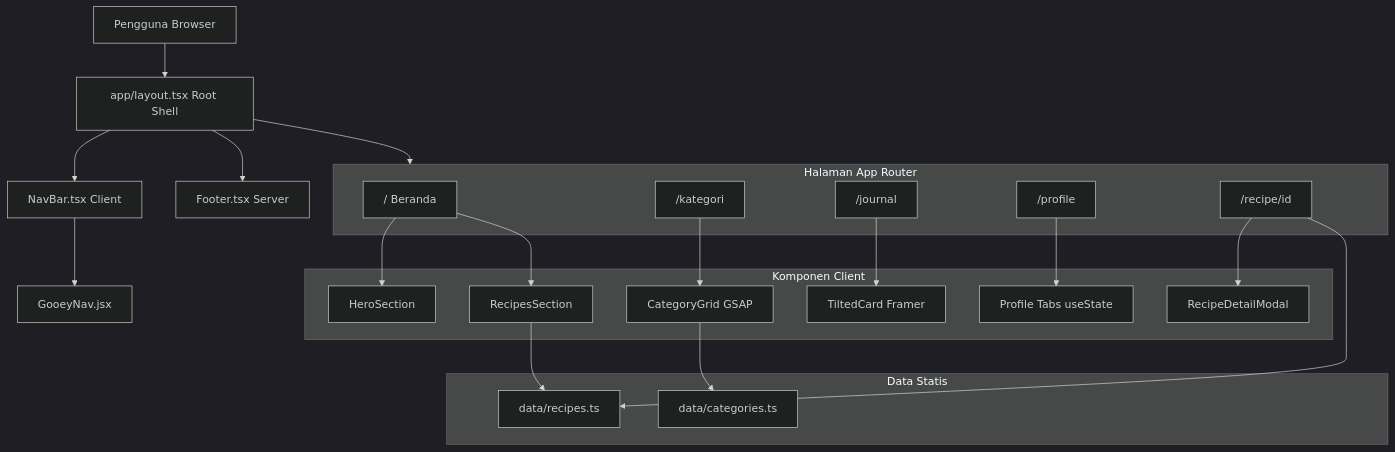
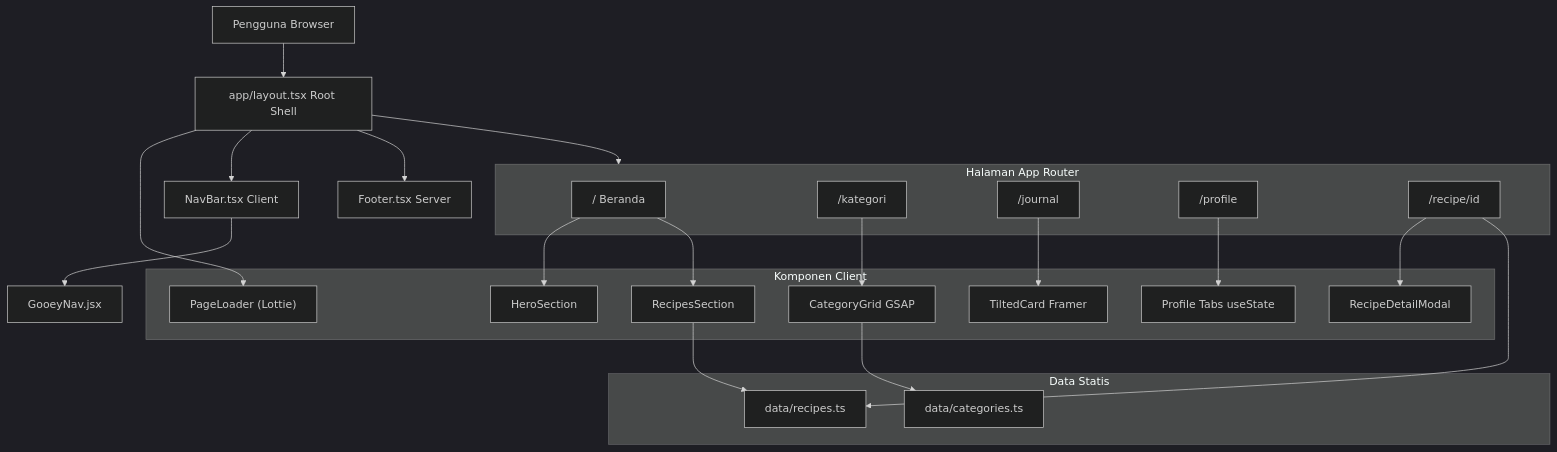
One commit to nabilkencana/Resep-Makanan-Frontend changed the first of 5 diagrams in technical_guide.md. Above: the diagram before and after it, drawn with Mermaid (dark theme). The commit also changed other lines of this file and 9 other files, not shown here.

Commit message:
feat: implement PageLoader component with Lottie animation and synchronize initial component entrance sequences

````diff
--- a/technical_guide.md
+++ b/technical_guide.md
@@ -214,47 +216,49 @@
 ```mermaid
 graph TD
     Browser["Pengguna Browser"]
     Layout["app/layout.tsx Root Shell"]
     NavBar["NavBar.tsx Client"]
     GooeyNav["GooeyNav.jsx"]
     Footer["Footer.tsx Server"]
 
     subgraph Pages ["Halaman App Router"]
         Home["/ Beranda"]
         Kategori["/kategori"]
         Journal["/journal"]
         Profile["/profile"]
         RecipeDetail["/recipe/id"]
     end
 
     subgraph DataLayer ["Data Statis"]
         RecipesData["data/recipes.ts"]
         CategoriesData["data/categories.ts"]
     end
 
     subgraph ClientComp ["Komponen Client"]
+        Loader["PageLoader (Lottie)"]
         HeroSec["HeroSection"]
         RecSec["RecipesSection"]
         CatGrid["CategoryGrid GSAP"]
         TCard["TiltedCard Framer"]
         Modal["RecipeDetailModal"]
         ProfTabs["Profile Tabs useState"]
     end
 
     Browser --> Layout
+    Layout --> Loader
     Layout --> NavBar
     Layout --> Pages
     Layout --> Footer
     NavBar --> GooeyNav
 
     Home --> HeroSec
     Home --> RecSec
     Kategori --> CatGrid
     Journal --> TCard
     Profile --> ProfTabs
     RecipeDetail --> Modal
 
     RecSec --> RecipesData
     CatGrid --> CategoriesData
     RecipeDetail --> RecipesData
 ```
````
